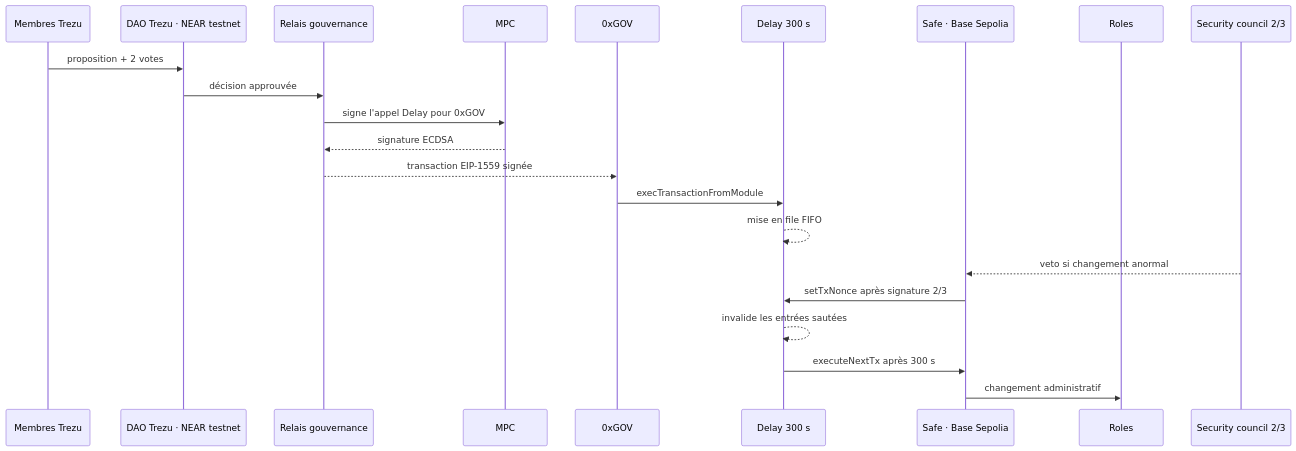
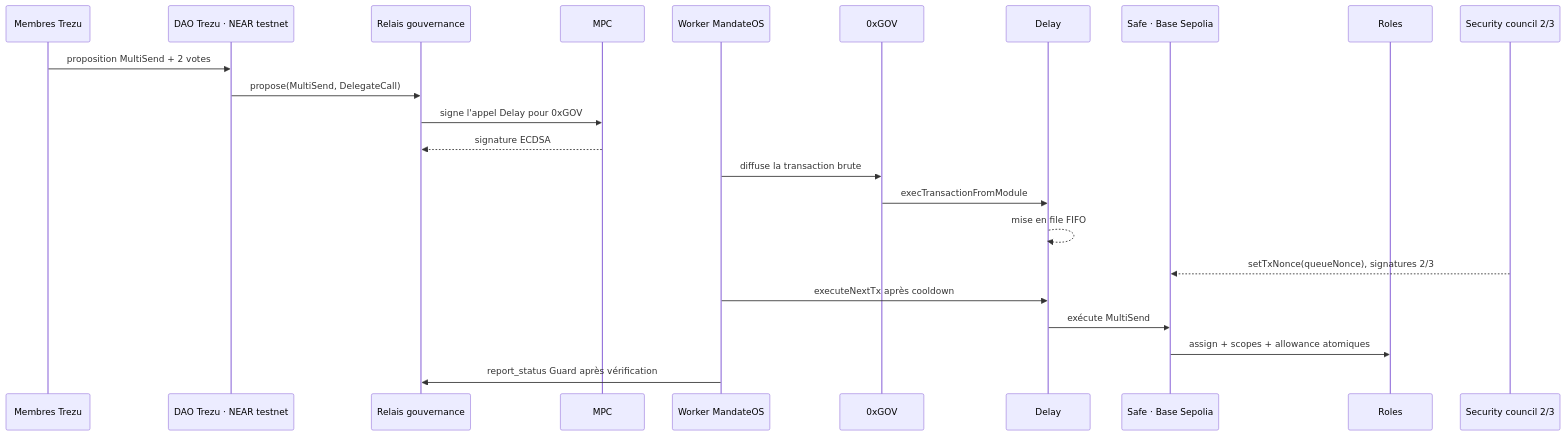
Before and after one commit to Euthyna-wallets/Euthyna: the third of 4 diagrams in Architecture.md, drawn with Mermaid. The commit also changed other lines of this file and 44 other files, not shown here.

````diff
--- a/Architecture.md
+++ b/Architecture.md
@@ -601,25 +612,26 @@
 ```mermaid
 sequenceDiagram
   participant H as Membres Trezu
   participant T as DAO Trezu · NEAR testnet
   participant G as Relais gouvernance
   participant M as MPC
+  participant W as Worker MandateOS
   participant X as 0xGOV
-  participant D as Delay 300 s
+  participant D as Delay
   participant S as Safe · Base Sepolia
   participant R as Roles
   participant C as Security council 2/3
 
-  H->>T: proposition + 2 votes
-  T->>G: décision approuvée
+  H->>T: proposition MultiSend + 2 votes
+  T->>G: propose(MultiSend, DelegateCall)
   G->>M: signe l'appel Delay pour 0xGOV
   M-->>G: signature ECDSA
-  G-->>X: transaction EIP-1559 signée
+  W->>X: diffuse la transaction brute
   X->>D: execTransactionFromModule
   D-->>D: mise en file FIFO
-  C-->>S: veto si changement anormal
-  S->>D: setTxNonce après signature 2/3
-  D-->>D: invalide les entrées sautées
-  D->>S: executeNextTx après 300 s
-  S->>R: changement administratif
+  C-->>S: setTxNonce(queueNonce), signatures 2/3
+  W->>D: executeNextTx après cooldown
+  D->>S: exécute MultiSend
+  S->>R: assign + scopes + allowance atomiques
+  W->>G: report_status Guard après vérification
 ```
````
